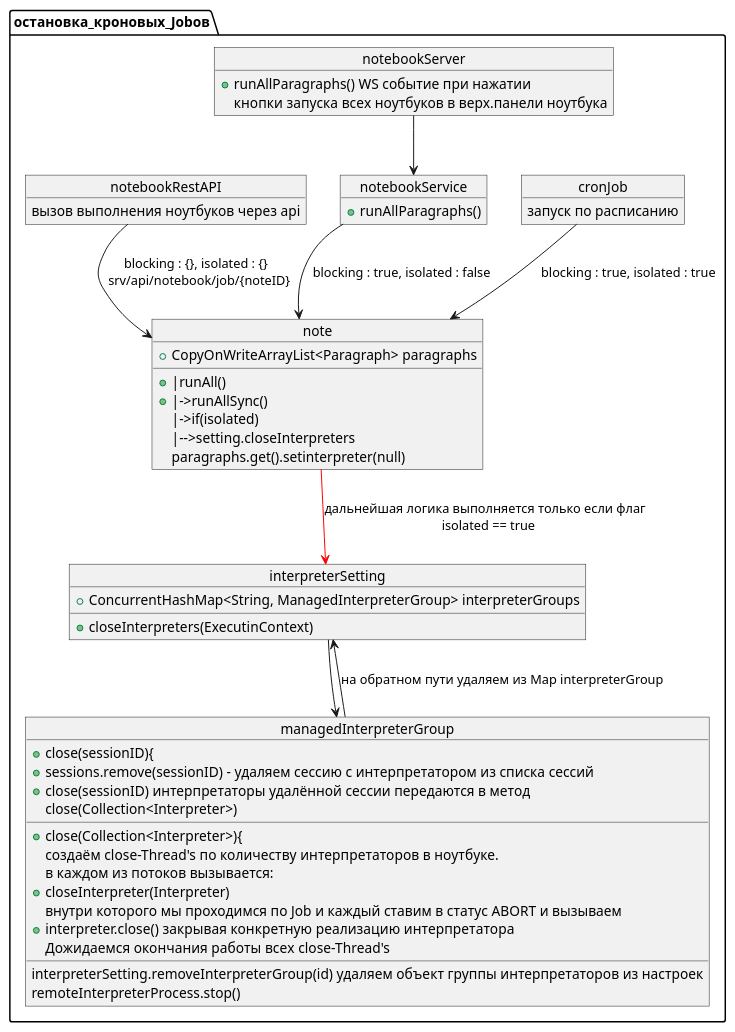
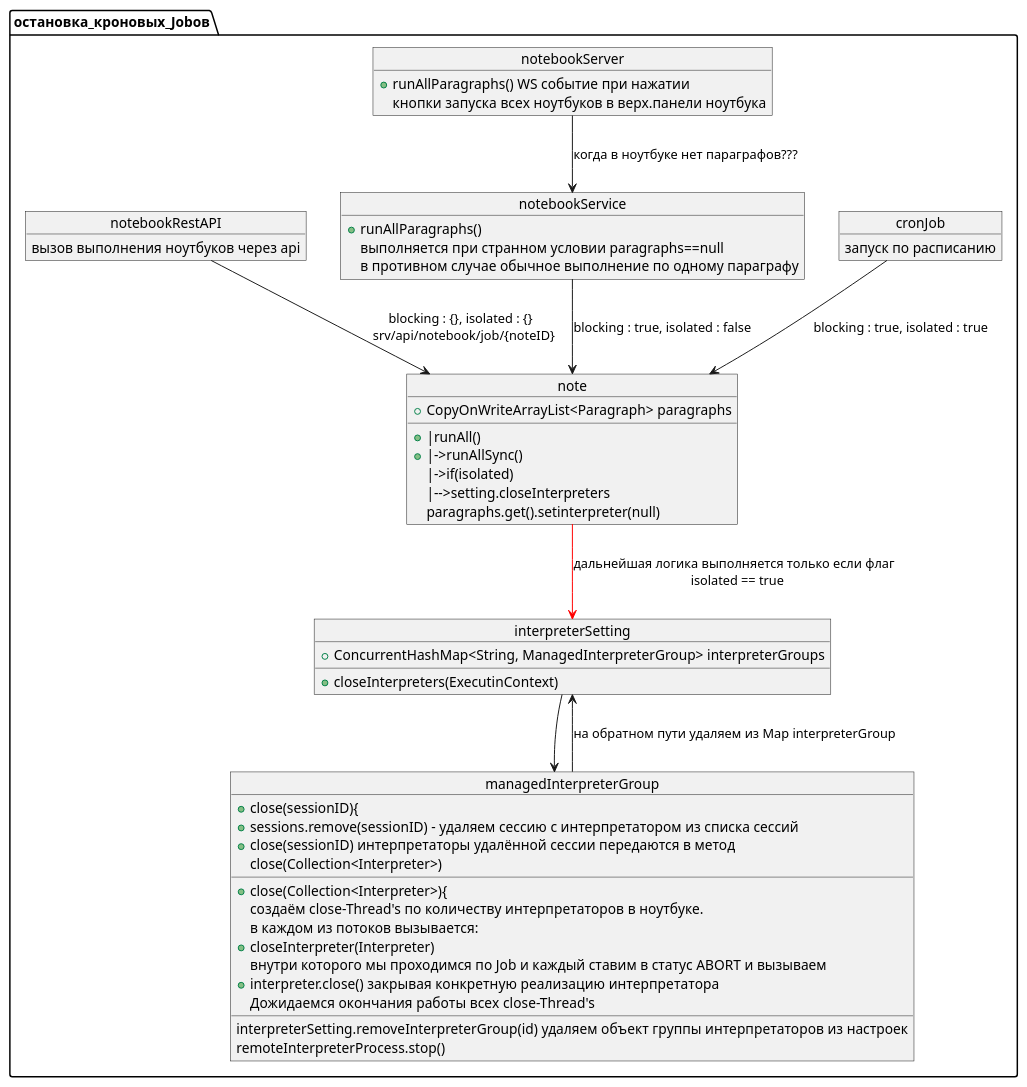
The diagram in closeCron.puml (Tor3n/BigHeap), drawn with PlantUML before and after one commit. The commit also changed 1 other file, not shown here.

```diff
--- a/closeCron.puml
+++ b/closeCron.puml
@@ -1,69 +1,72 @@
 @startuml
 'https://plantuml.com/object-diagram
 
 
 package остановка_кроновых_Jobов{
 
        object cronJob{
              запуск по расписанию
        }
        object notebookService{
+
             +runAllParagraphs()
+            выполняется при странном условии paragraphs==null
+            в противном случае обычное выполнение по одному параграфу
        }
        object notebookServer{
             +runAllParagraphs() WS событие при нажатии
             кнопки запуска всех ноутбуков в верх.панели ноутбука
        }
        object notebookRestAPI{
             вызов выполнения ноутбуков через api
        }
        object note{
             +CopyOnWriteArrayList<Paragraph> paragraphs
             __
             +|runAll()
             +|->runAllSync()
              |->if(isolated)
              |-->setting.closeInterpreters
              paragraphs.get().setinterpreter(null)
 
        }
 
 
 
        object interpreterSetting{
             +ConcurrentHashMap<String, ManagedInterpreterGroup> interpreterGroups
             __
             +closeInterpreters(ExecutinContext)
        }
        object managedInterpreterGroup{
             +close(sessionID){
             +sessions.remove(sessionID) - удаляем сессию с интерпретатором из списка сессий
             +close(sessionID) интерпретаторы удалённой сессии передаются в метод
             close(Collection<Interpreter>)
             __
             +close(Collection<Interpreter>){
             создаём close-Thread's по количеству интерпретаторов в ноутбуке.
             в каждом из потоков вызывается:
 
             +closeInterpreter(Interpreter)
             внутри которого мы проходимся по Job и каждый ставим в статус ABORT и вызываем
             +interpreter.close() закрывая конкретную реализацию интерпретатора
 
            Дожидаемся окончания работы всех close-Thread's
             __
                interpreterSetting.removeInterpreterGroup(id) удаляем объект группы интерпретаторов из настроек
                 remoteInterpreterProcess.stop()
        }
 
-       notebookServer --> notebookService
+       notebookServer --> notebookService : когда в ноутбуке нет параграфов???
        cronJob -->note : blocking : true, isolated : true
        notebookService -->note : blocking : true, isolated : false
        notebookRestAPI -->note : blocking : {}, isolated : {} \n srv/api/notebook/job/{noteID}
        note  --> interpreterSetting #red :  дальнейшая логика выполняется только если флаг \n isolated == true
        interpreterSetting --> managedInterpreterGroup
 
        managedInterpreterGroup --> interpreterSetting : на обратном пути удаляем из Map interpreterGroup
 }
 
 
 @enduml
```
